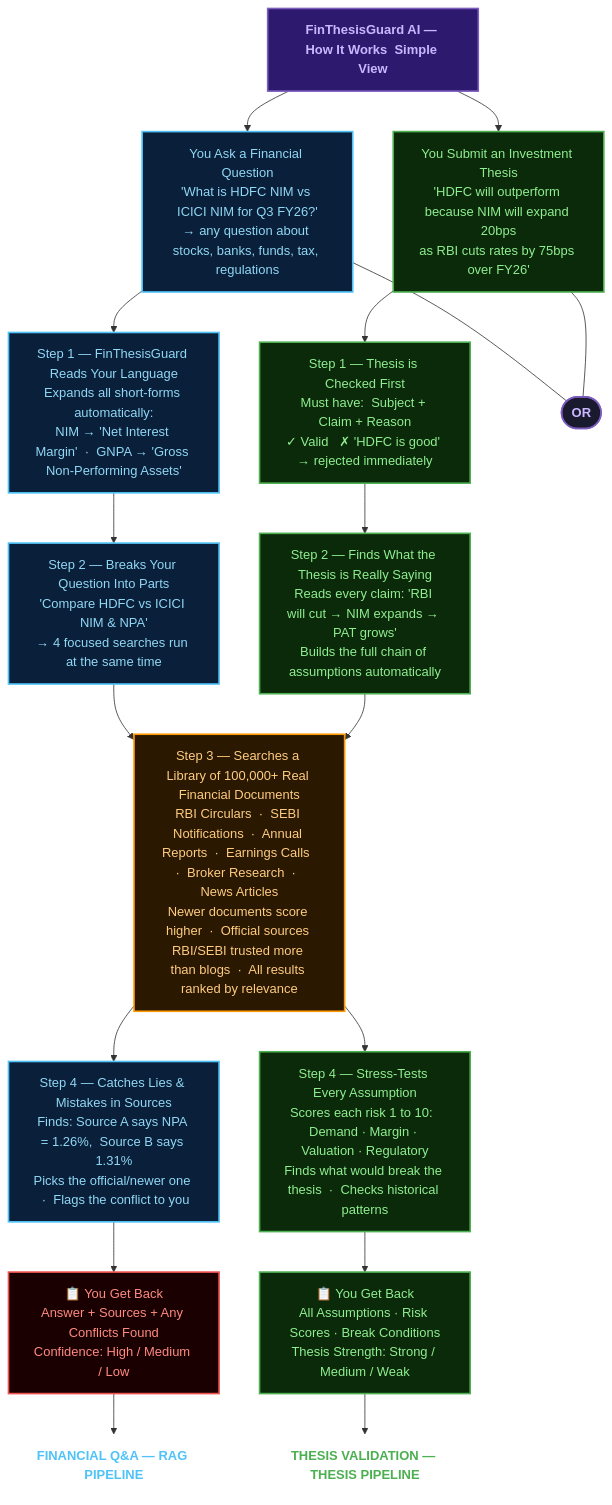
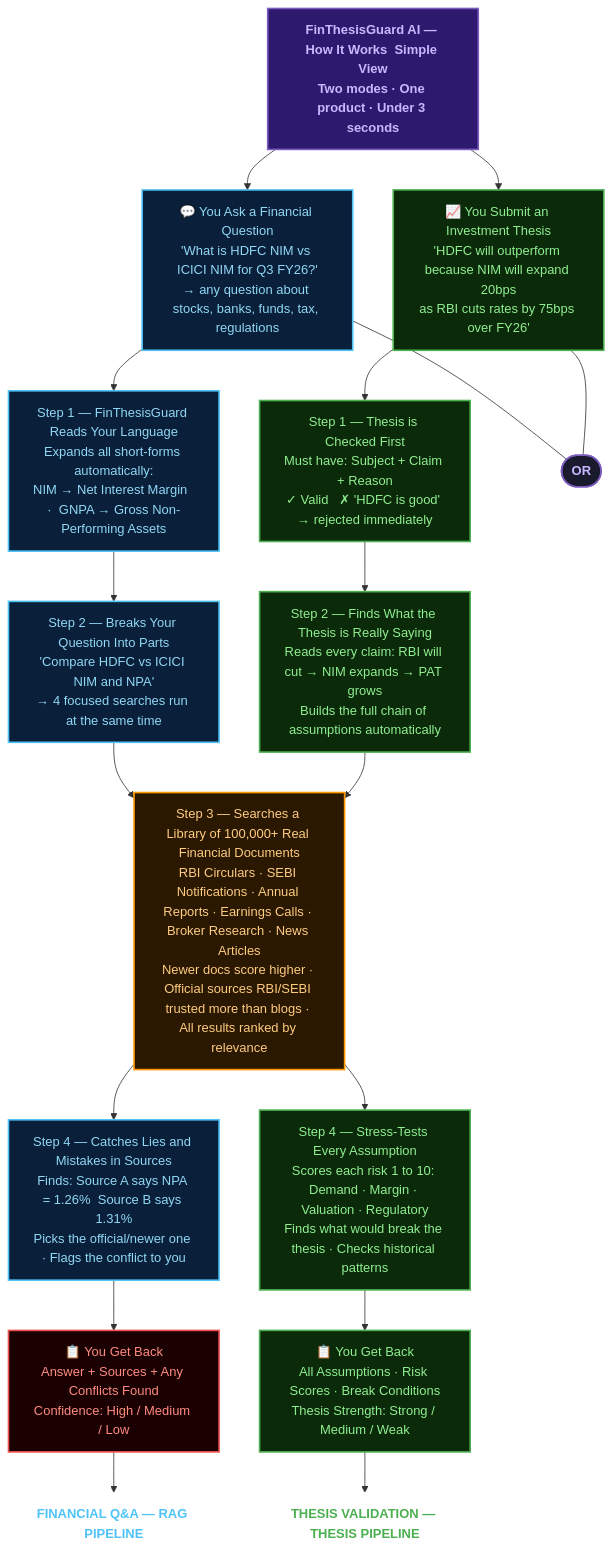
The second of 2 diagrams in README.md (Mithun-VK/FinThesisGuard_AI), drawn with Mermaid before and after one commit. The commit also changed other lines of this file, not shown here.

Commit message:
Update architecture and flow diagrams in README

````diff
--- a/README.md
+++ b/README.md
@@ -94,69 +112,68 @@
 ```mermaid
 graph TB
-    TITLE["FinThesisGuard AI — How It Works  Simple View"]:::title
+    TITLE["FinThesisGuard AI — How It Works  Simple View\nTwo modes · One product · Under 3 seconds"]:::title
 
-    %% ── LEFT COLUMN — RAG PIPELINE ───────────────────────────────
-    L0["You Ask a Financial Question\n'What is HDFC NIM vs ICICI NIM for Q3 FY26?'\n→ any question about stocks, banks, funds, tax, regulations"]:::left
+    %% ── LEFT COLUMN — RAG PIPELINE ───────────────────────────
+    L0["💬 You Ask a Financial Question\n'What is HDFC NIM vs ICICI NIM for Q3 FY26?'\n→ any question about stocks, banks, funds, tax, regulations"]:::left
 
-    L1["Step 1 — FinThesisGuard Reads Your Language\nExpands all short-forms automatically:\nNIM → 'Net Interest Margin'  ·  GNPA → 'Gross Non-Performing Assets'"]:::left
+    L1["Step 1 — FinThesisGuard Reads Your Language\nExpands all short-forms automatically:\nNIM → Net Interest Margin  ·  GNPA → Gross Non-Performing Assets"]:::left
 
-    L2["Step 2 — Breaks Your Question Into Parts\n'Compare HDFC vs ICICI NIM & NPA'\n→ 4 focused searches run at the same time"]:::left
+    L2["Step 2 — Breaks Your Question Into Parts\n'Compare HDFC vs ICICI NIM and NPA'\n→ 4 focused searches run at the same time"]:::left
 
-    %% ── RIGHT COLUMN — THESIS PIPELINE ──────────────────────────
-    R0["You Submit an Investment Thesis\n'HDFC will outperform because NIM will expand 20bps\nas RBI cuts rates by 75bps over FY26'"]:::right
+    %% ── RIGHT COLUMN — THESIS PIPELINE ──────────────────────
+    R0["📈 You Submit an Investment Thesis\n'HDFC will outperform because NIM will expand 20bps\nas RBI cuts rates by 75bps over FY26'"]:::right
 
-    R1["Step 1 — Thesis is Checked First\nMust have:  Subject + Claim + Reason\n✓ Valid   ✗ 'HDFC is good' → rejected immediately"]:::right
+    R1["Step 1 — Thesis is Checked First\nMust have: Subject + Claim + Reason\n✓ Valid   ✗ 'HDFC is good' → rejected immediately"]:::right
 
-    R2["Step 2 — Finds What the Thesis is Really Saying\nReads every claim: 'RBI will cut → NIM expands → PAT grows'\nBuilds the full chain of assumptions automatically"]:::right
+    R2["Step 2 — Finds What the Thesis is Really Saying\nReads every claim: RBI will cut → NIM expands → PAT grows\nBuilds the full chain of assumptions automatically"]:::right
 
-    %% ── SHARED STEP 3 ────────────────────────────────────────────
-    SHARED["Step 3 — Searches a Library of 100,000+ Real Financial Documents\nRBI Circulars  ·  SEBI Notifications  ·  Annual Reports  ·  Earnings Calls  ·  Broker Research  ·  News Articles\nNewer documents score higher  ·  Official sources RBI/SEBI trusted more than blogs  ·  All results ranked by relevance"]:::shared
+    %% ── SHARED STEP 3 ─────────────────────────────────────────
+    SHARED["Step 3 — Searches a Library of 100,000+ Real Financial Documents\nRBI Circulars · SEBI Notifications · Annual Reports · Earnings Calls · Broker Research · News Articles\nNewer docs score higher · Official sources RBI/SEBI trusted more than blogs · All results ranked by relevance"]:::shared
 
-    %% ── LEFT STEP 4 + OUTPUT ─────────────────────────────────────
-    L4["Step 4 — Catches Lies & Mistakes in Sources\nFinds: Source A says NPA = 1.26%,  Source B says 1.31%\nPicks the official/newer one  ·  Flags the conflict to you"]:::left
+    %% ── LEFT STEP 4 + OUTPUT ──────────────────────────────────
+    L4["Step 4 — Catches Lies and Mistakes in Sources\nFinds: Source A says NPA = 1.26%  Source B says 1.31%\nPicks the official/newer one · Flags the conflict to you"]:::left
 
     LOUT["📋 You Get Back\nAnswer + Sources + Any Conflicts Found\nConfidence: High / Medium / Low"]:::leftout
 
     LTAG["FINANCIAL Q&A — RAG PIPELINE"]:::lefttag
 
-    %% ── RIGHT STEP 4 + OUTPUT ────────────────────────────────────
-    R4["Step 4 — Stress-Tests Every Assumption\nScores each risk 1 to 10:  Demand · Margin · Valuation · Regulatory\nFinds what would break the thesis  ·  Checks historical patterns"]:::right
+    %% ── RIGHT STEP 4 + OUTPUT ─────────────────────────────────
+    R4["Step 4 — Stress-Tests Every Assumption\nScores each risk 1 to 10: Demand · Margin · Valuation · Regulatory\nFinds what would break the thesis · Checks historical patterns"]:::right
 
     ROUT["📋 You Get Back\nAll Assumptions · Risk Scores · Break Conditions\nThesis Strength: Strong / Medium / Weak"]:::rightout
 
     RTAG["THESIS VALIDATION — THESIS PIPELINE"]:::righttag
 
-    %% ── OR LABEL (conceptual) ────────────────────────────────────
     OR(["OR"]):::or
 
-    %% ── EDGES — LEFT FLOW ────────────────────────────────────────
+    %% ── EDGES — LEFT FLOW ─────────────────────────────────────
     TITLE --> L0
     TITLE --> R0
     L0 --- OR
     R0 --- OR
     L0 --> L1
     L1 --> L2
     L2 --> SHARED
     SHARED --> L4
     L4 --> LOUT
     LOUT --> LTAG
 
-    %% ── EDGES — RIGHT FLOW ───────────────────────────────────────
+    %% ── EDGES — RIGHT FLOW ────────────────────────────────────
     R0 --> R1
     R1 --> R2
     R2 --> SHARED
     SHARED --> R4
     R4 --> ROUT
     ROUT --> RTAG
 
-    %% ── STYLES ───────────────────────────────────────────────────
+    %% ── STYLES ────────────────────────────────────────────────
     classDef title    fill:#2d1a6e,stroke:#7c5cbf,stroke-width:2px,color:#c9b8ff,font-weight:bold
     classDef left     fill:#0a1f3a,stroke:#4fc3f7,stroke-width:2px,color:#90d8f5
     classDef right    fill:#0a2a0a,stroke:#4caf50,stroke-width:2px,color:#90ee90
     classDef shared   fill:#2a1800,stroke:#ff9800,stroke-width:2px,color:#ffcc80
     classDef leftout  fill:#1a0000,stroke:#ef5350,stroke-width:2px,color:#ff8a80
     classDef rightout fill:#0a2a0a,stroke:#4caf50,stroke-width:2px,color:#90ee90
     classDef lefttag  fill:none,stroke:none,color:#4fc3f7,font-weight:bold
     classDef righttag fill:none,stroke:none,color:#4caf50,font-weight:bold
     classDef or       fill:#1a1a2e,stroke:#7c5cbf,stroke-width:2px,color:#c9b8ff,font-weight:bold
 ```
````
